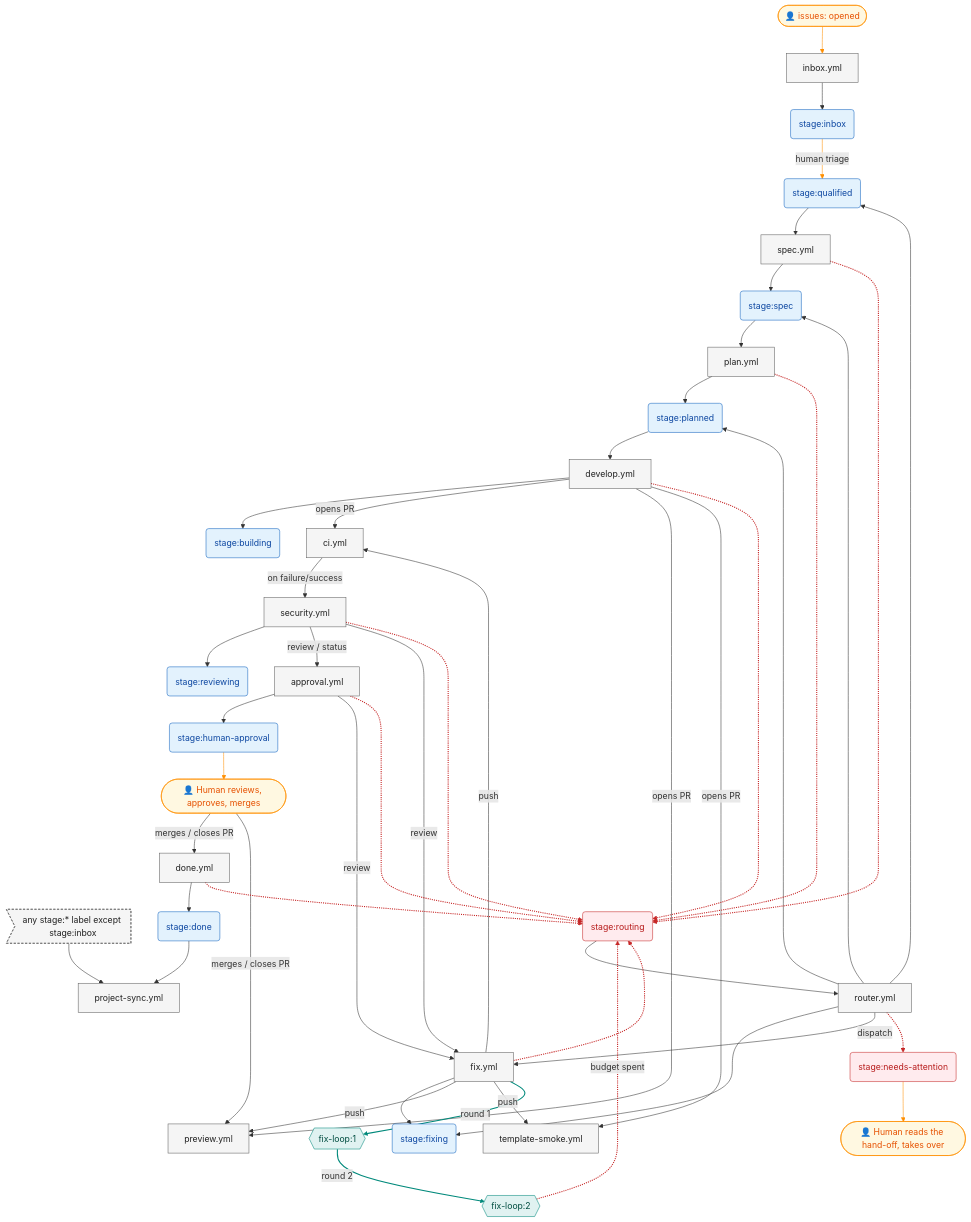
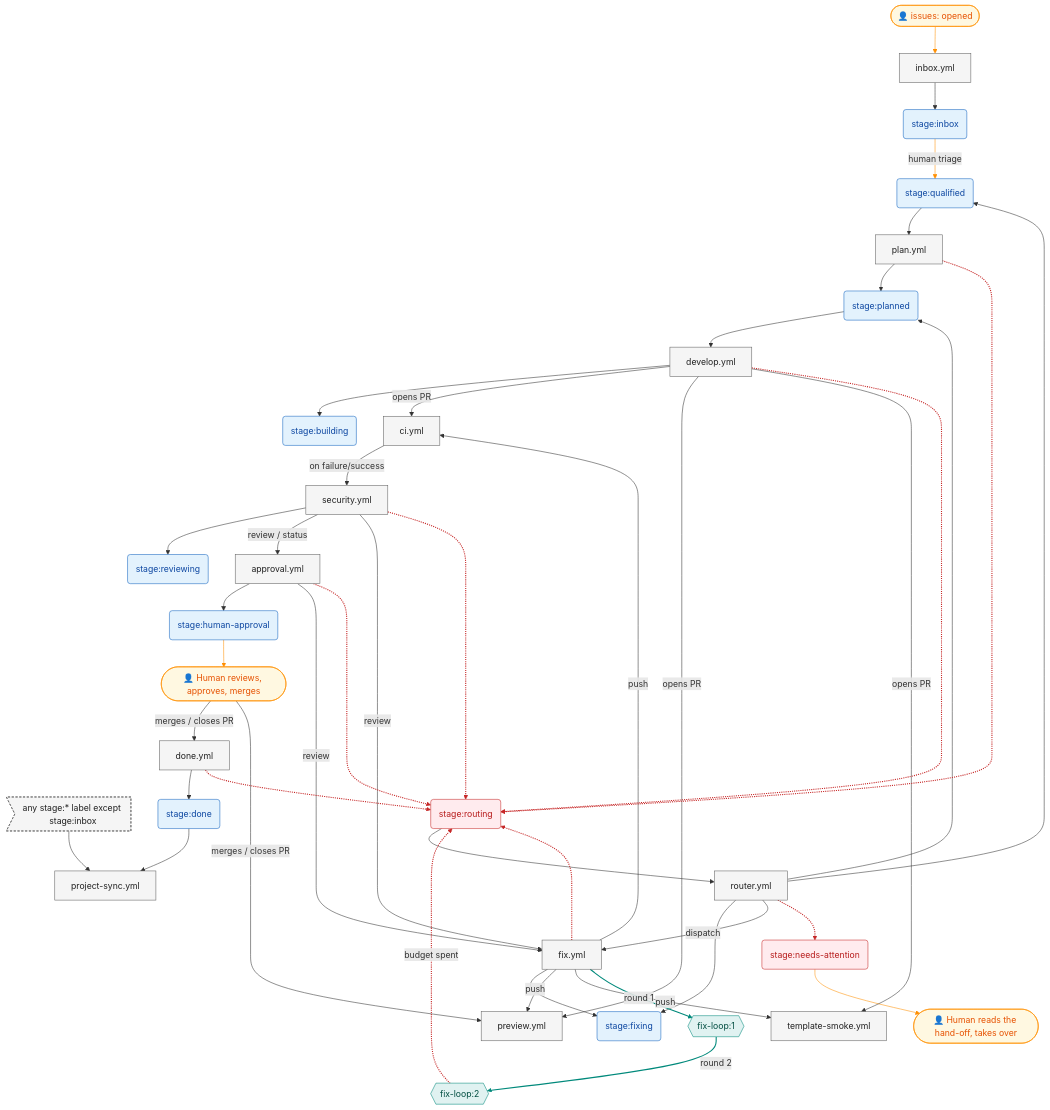
The diagram in docs/pipeline-map.md (menashsoffer/nx-ai-agents-workspace), drawn with Mermaid before and after one commit. The commit also changed other lines of this file and 13 other files, not shown here.

First line of the commit message:
Pipeline: one Claude planning stage (spec + plan artifacts), Gemini queue

````diff
--- a/docs/pipeline-map.md
+++ b/docs/pipeline-map.md
@@ -30,7 +30,6 @@
   s_stage_qualified("stage:qualified")
   s_stage_reviewing("stage:reviewing")
   s_stage_routing("stage:routing")
-  s_stage_spec("stage:spec")
   w_approval["approval.yml"]
   w_ci["ci.yml"]
   w_develop["develop.yml"]
@@ -42,7 +41,6 @@
   w_project_sync["project-sync.yml"]
   w_router["router.yml"]
   w_security["security.yml"]
-  w_spec["spec.yml"]
   w_template_smoke["template-smoke.yml"]
   h_src_inbox --> w_inbox
   s_stage_human_approval --> h_stage_human_approval
@@ -51,9 +49,8 @@
   g_project_sync_stage_ --> w_project_sync
   s_stage_done --> w_project_sync
   s_stage_planned --> w_develop
-  s_stage_qualified --> w_spec
+  s_stage_qualified --> w_plan
   s_stage_routing --> w_router
-  s_stage_spec --> w_plan
   w_approval --> s_stage_human_approval
   w_develop --> s_stage_building
   w_done --> s_stage_done
@@ -63,9 +60,7 @@
   w_router --> s_stage_fixing
   w_router --> s_stage_planned
   w_router --> s_stage_qualified
-  w_router --> s_stage_spec
   w_security --> s_stage_reviewing
-  w_spec --> s_stage_spec
   h_stage_human_approval -->|"merges / closes PR"| w_done
   h_stage_human_approval -->|"merges / closes PR"| w_preview
   w_approval -->|"review"| w_fix
@@ -89,20 +84,19 @@
   w_plan -.-> s_stage_routing
   w_router -.-> s_stage_needs_attention
   w_security -.-> s_stage_routing
-  w_spec -.-> s_stage_routing
   classDef stage fill:#e3f2fd,stroke:#1565c0,color:#0d47a1
   classDef workflow fill:#f5f5f5,stroke:#616161,color:#212121
   classDef gate fill:#f5f5f5,stroke:#616161,color:#212121,stroke-dasharray:4 3
   classDef problem fill:#ffebee,stroke:#c62828,color:#b71c1c
   classDef human fill:#fff8e1,stroke:#ff8f00,color:#e65100
   classDef loop fill:#e0f2f1,stroke:#00897b,color:#004d40
-  class s_stage_building,s_stage_done,s_stage_fixing,s_stage_human_approval,s_stage_inbox,s_stage_planned,s_stage_qualified,s_stage_reviewing,s_stage_spec stage
-  class w_approval,w_ci,w_develop,w_done,w_fix,w_inbox,w_plan,w_preview,w_project_sync,w_router,w_security,w_spec,w_template_smoke workflow
+  class s_stage_building,s_stage_done,s_stage_fixing,s_stage_human_approval,s_stage_inbox,s_stage_planned,s_stage_qualified,s_stage_reviewing stage
+  class w_approval,w_ci,w_develop,w_done,w_fix,w_inbox,w_plan,w_preview,w_project_sync,w_router,w_security,w_template_smoke workflow
   class g_project_sync_stage_ gate
   class s_stage_needs_attention,s_stage_routing problem
   class h_src_inbox,h_stage_human_approval,h_stage_needs_attention human
   class l_fix_loop_1,l_fix_loop_2 loop
-  linkStyle 37,38,39,40,41,42,43,44,45 stroke:#c62828,stroke-width:2px
-  linkStyle 35,36 stroke:#00897b,stroke-width:2px
+  linkStyle 34,35,36,37,38,39,40,41 stroke:#c62828,stroke-width:2px
+  linkStyle 32,33 stroke:#00897b,stroke-width:2px
   linkStyle 0,1,2,3 stroke:#ff8f00
 ```
````
